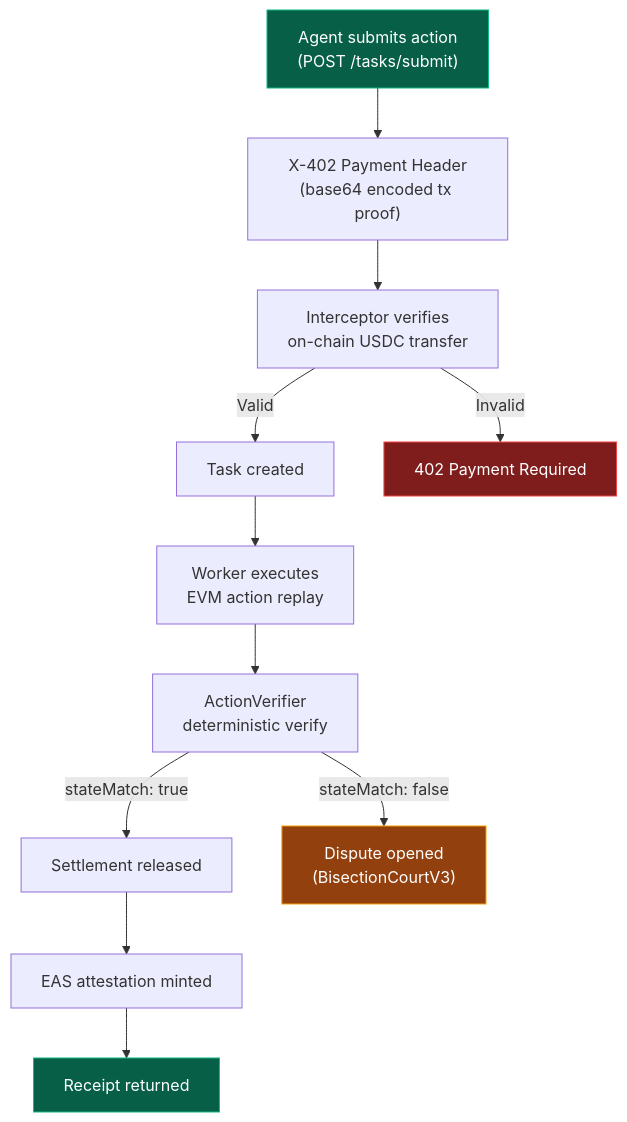
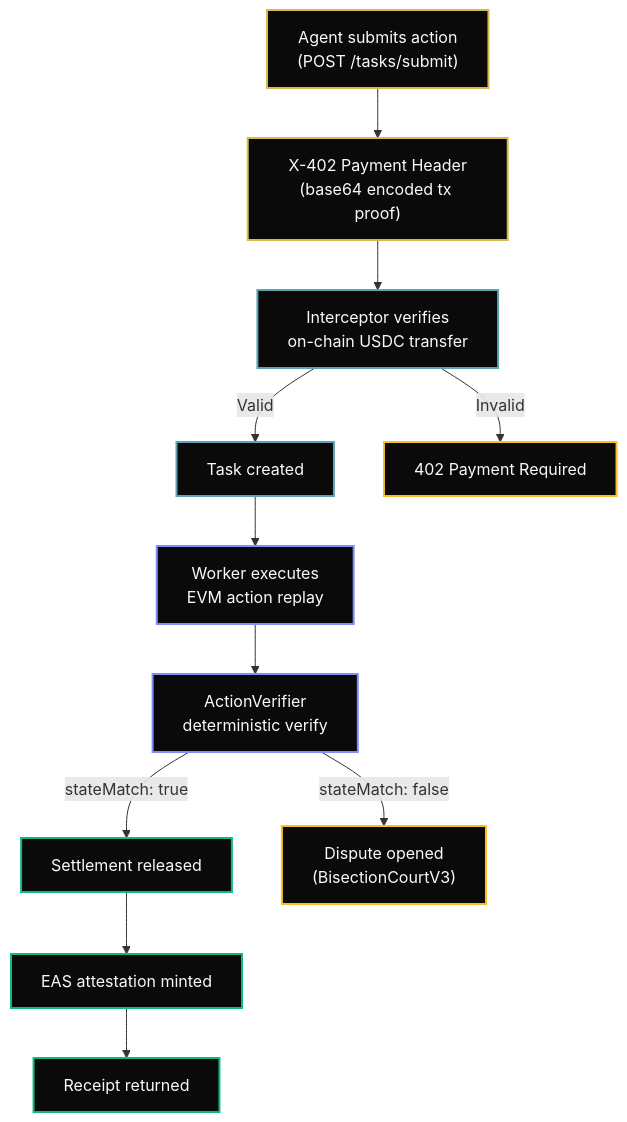
Before and after one commit to humbleaf/docs: the diagram in agentchain/x402-settlement.mdx, drawn with Mermaid. The commit also changed 6 other files, not shown here.

````diff
--- a/agentchain/x402-settlement.mdx
+++ b/agentchain/x402-settlement.mdx
@@ -12,18 +12,25 @@
 ```mermaid
 flowchart TD
     A["Agent submits action<br/>(POST /tasks/submit)"] --> B["X-402 Payment Header<br/>(base64 encoded tx proof)"]
     B --> C["Interceptor verifies<br/>on-chain USDC transfer"]
     C -->|Valid| D["Task created"]
     C -->|Invalid| E["402 Payment Required"]
     D --> F["Worker executes<br/>EVM action replay"]
     F --> G["ActionVerifier<br/>deterministic verify"]
     G -->|stateMatch: true| H["Settlement released"]
     G -->|stateMatch: false| I["Dispute opened<br/>(BisectionCourtV3)"]
     H --> J["EAS attestation minted"]
     J --> K["Receipt returned"]
 
-    style A fill:#065f46,stroke:#10b981,color:#fff
-    style K fill:#065f46,stroke:#10b981,color:#fff
-    style E fill:#7f1d1d,stroke:#ef4444,color:#fff
-    style I fill:#92400e,stroke:#f59e0b,color:#fff
+    style A fill:#0a0a0b,stroke:#d7b94d,stroke-width:2px,color:#fafafa
+    style B fill:#0a0a0b,stroke:#d7b94d,stroke-width:2px,color:#fafafa
+    style C fill:#0a0a0b,stroke:#5ba3b5,stroke-width:2px,color:#fafafa
+    style D fill:#0a0a0b,stroke:#5ba3b5,stroke-width:2px,color:#fafafa
+    style E fill:#0a0a0b,stroke:#fbbf24,stroke-width:2px,color:#fafafa
+    style F fill:#0a0a0b,stroke:#818cf8,stroke-width:2px,color:#fafafa
+    style G fill:#0a0a0b,stroke:#818cf8,stroke-width:2px,color:#fafafa
+    style H fill:#0a0a0b,stroke:#10B981,stroke-width:2px,color:#fafafa
+    style I fill:#0a0a0b,stroke:#fbbf24,stroke-width:2px,color:#fafafa
+    style J fill:#0a0a0b,stroke:#10B981,stroke-width:2px,color:#fafafa
+    style K fill:#0a0a0b,stroke:#10B981,stroke-width:2px,color:#fafafa
 ```
````
